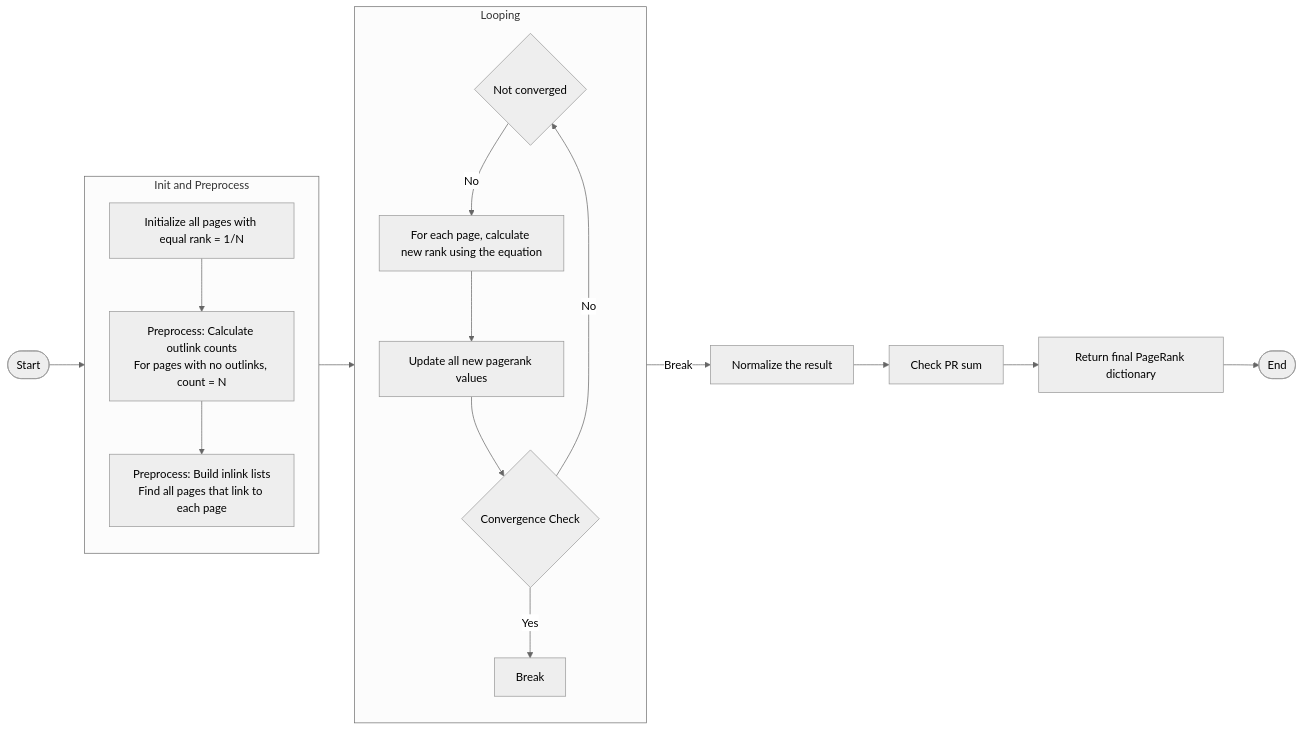
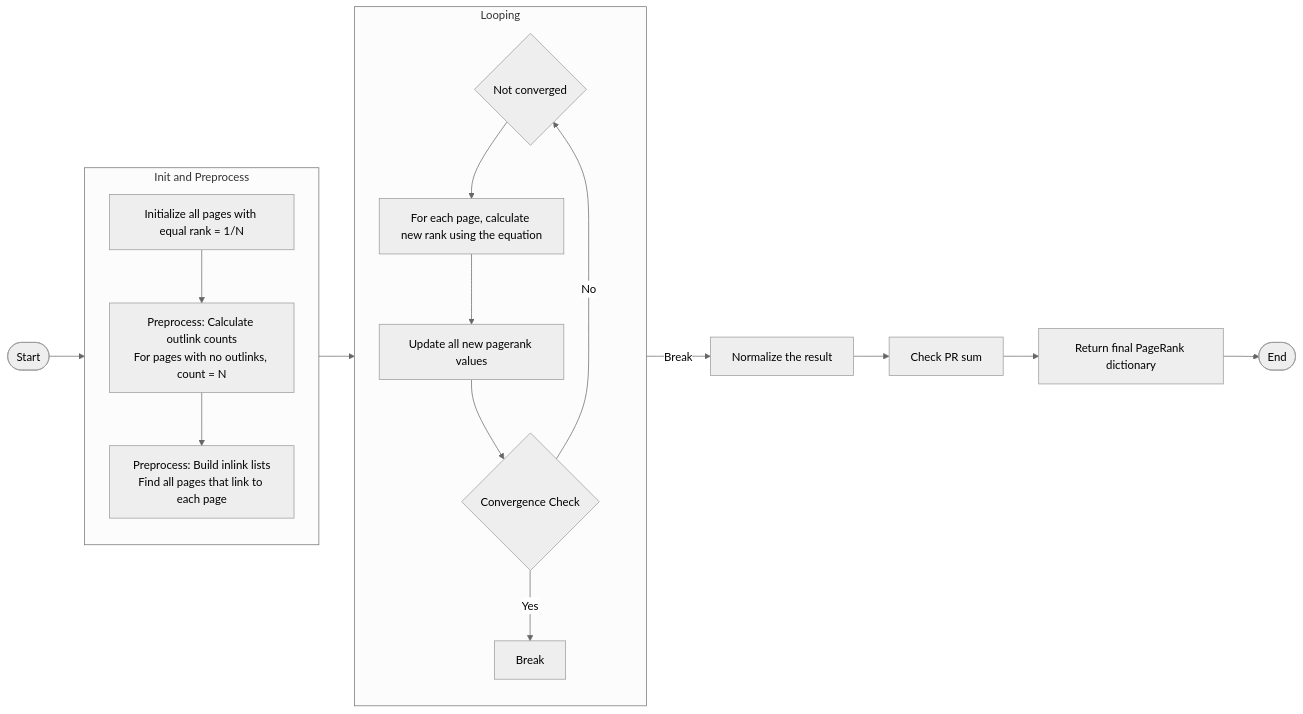
Before and after one commit to zihanshen0112-collab/CS50AI: the fifth of 6 diagrams in week2/README.md, drawn with Mermaid (neutral theme).

Commit message:
update week2 assignment

````diff
--- a/week2/README.md
+++ b/week2/README.md
@@ -182,28 +182,28 @@
 ```mermaid
 flowchart LR
     subgraph ip[Init and Preprocess]
         direction TB
         Init[Initialize all pages with equal rank = 1/N]
         Init --> Preprocess1[Preprocess: Calculate outlink counts<br>For pages with no outlinks, count = N]
         Preprocess1 --> Preprocess2[Preprocess: Build inlink lists<br>Find all pages that link to each page]
     end
 
     Start([Start]) --> ip
     
     subgraph lp[Looping]
         direction TB
         LoopStart{Not converged}
-        LoopStart -->|No| Compute[For each page, calculate new rank using the equation]
+        LoopStart --> Compute[For each page, calculate new rank using the equation]
         Compute --> Update[Update all new pagerank values]
         Update --> Check{Convergence Check}
         Check -->|No| LoopStart
         Check -->|Yes| Break[Break]
     end
 
     ip --> lp
     lp --> |Break| Normalize[Normalize the result]
 
     Normalize --> Check2[Check PR sum]
     Check2 --> Return[Return final PageRank dictionary]
     Return --> End([End])
 ```
````
